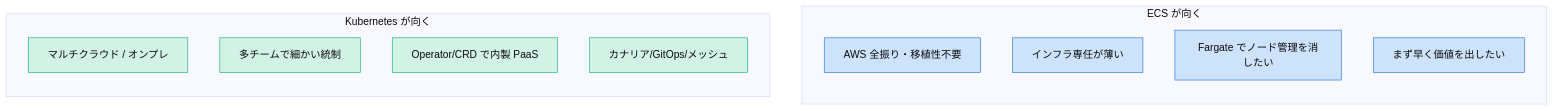
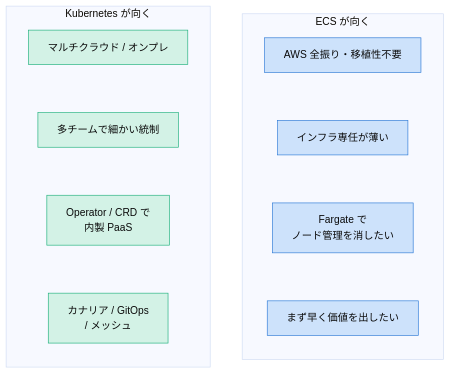
Before and after one commit to keitahigaki-prog/qiita-articles: the fifth of 13 diagrams in public/ecs-vs-kubernetes.md, drawn with Mermaid (base theme). The commit also changed other lines of this file, not shown here.

First line of the commit message:
Fix text/box overlap in diagrams (verified by rendering)

````diff
--- a/public/ecs-vs-kubernetes.md
+++ b/public/ecs-vs-kubernetes.md
@@ -211,21 +211,15 @@
 ```mermaid
 flowchart TB
   subgraph ECSU["ECS が向く"]
     direction TB
-    U1["AWS 全振り・移植性不要"]
-    U2["インフラ専任が薄い"]
-    U3["Fargate でノード管理を消したい"]
-    U4["まず早く価値を出したい"]
+    U1["AWS 全振り・移植性不要"] ~~~ U2["インフラ専任が薄い"] ~~~ U3["Fargate で<br/>ノード管理を消したい"] ~~~ U4["まず早く価値を出したい"]
   end
   subgraph K8SU["Kubernetes が向く"]
     direction TB
-    V1["マルチクラウド / オンプレ"]
-    V2["多チームで細かい統制"]
-    V3["Operator/CRD で内製 PaaS"]
-    V4["カナリア/GitOps/メッシュ"]
+    V1["マルチクラウド / オンプレ"] ~~~ V2["多チームで細かい統制"] ~~~ V3["Operator / CRD で<br/>内製 PaaS"] ~~~ V4["カナリア / GitOps<br/>/ メッシュ"]
   end
   classDef ecs fill:#cde2fb,stroke:#2a78d6,color:#0b0b0b;
   classDef k8s fill:#d3f2e6,stroke:#1baf7a,color:#0b0b0b;
   class U1,U2,U3,U4 ecs;
   class V1,V2,V3,V4 k8s;
 ```
````
